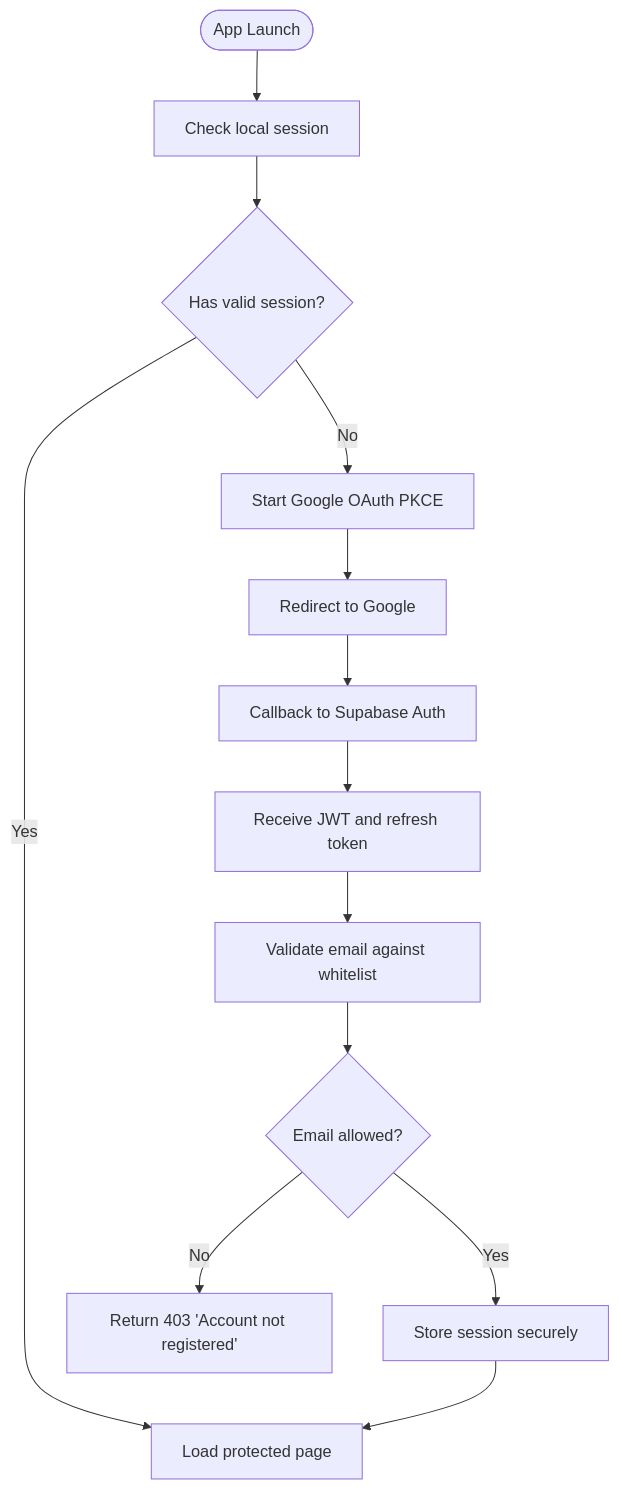
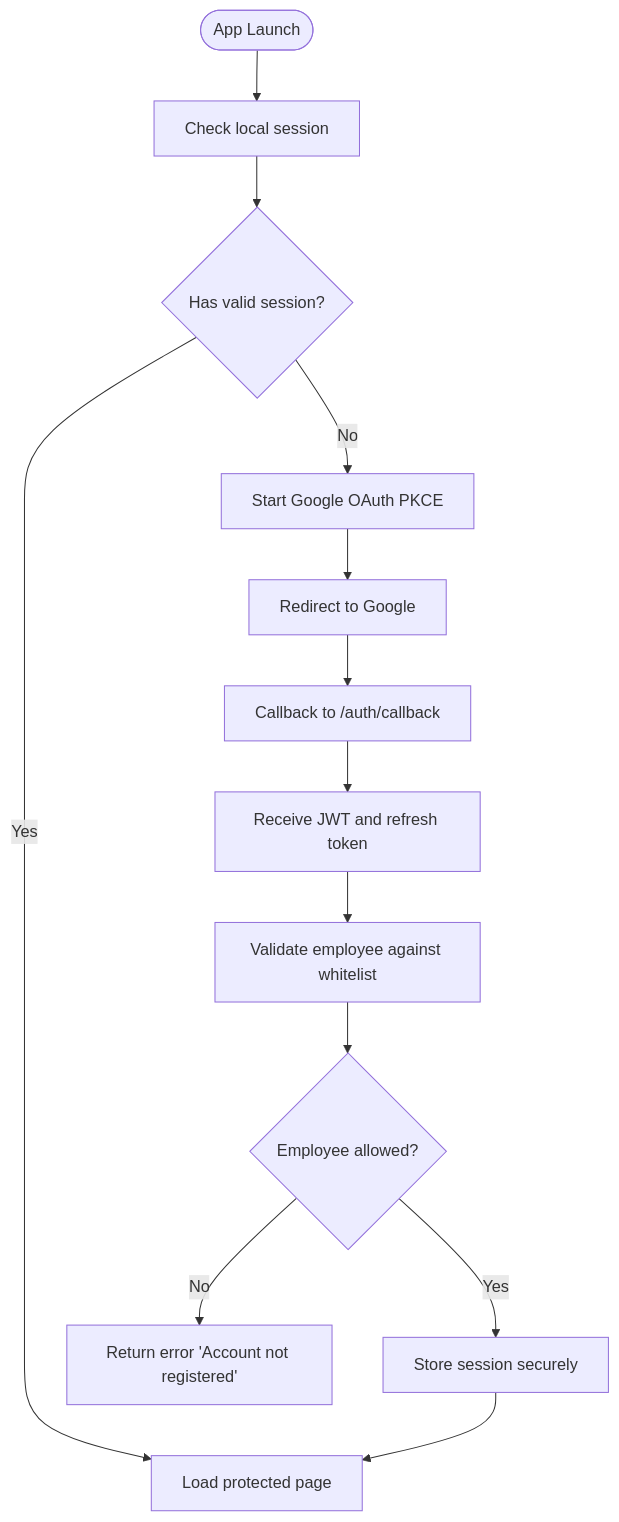
Before and after one commit to epo33m/scheduling: the third of 7 diagrams in .qoder/repowiki/en/content/Technical Architecture/Security & Authentication.md, drawn with Mermaid. The commit also changed other lines of this file and 46 other files, not shown here.

````diff
--- a/.qoder/repowiki/en/content/Technical Architecture/Security & Authentication.md
+++ b/.qoder/repowiki/en/content/Technical Architecture/Security & Authentication.md
@@ -111,15 +149,15 @@
 ```mermaid
 flowchart TD
 Start(["App Launch"]) --> CheckSession["Check local session"]
 CheckSession --> HasSession{"Has valid session?"}
 HasSession --> |Yes| LoadPage["Load protected page"]
 HasSession --> |No| StartOAuth["Start Google OAuth PKCE"]
 StartOAuth --> Redirect["Redirect to Google"]
-Redirect --> Callback["Callback to Supabase Auth"]
+Redirect --> Callback["Callback to /auth/callback"]
 Callback --> Tokens["Receive JWT and refresh token"]
-Tokens --> ValidateEmail["Validate email against whitelist"]
-ValidateEmail --> Allowed{"Email allowed?"}
-Allowed --> |No| Deny["Return 403 'Account not registered'"]
+Tokens --> ValidateEmployee["Validate employee against whitelist"]
+ValidateEmployee --> Allowed{"Employee allowed?"}
+Allowed --> |No| Deny["Return error 'Account not registered'"]
 Allowed --> |Yes| StoreSession["Store session securely"]
 StoreSession --> LoadPage
 ```
````
